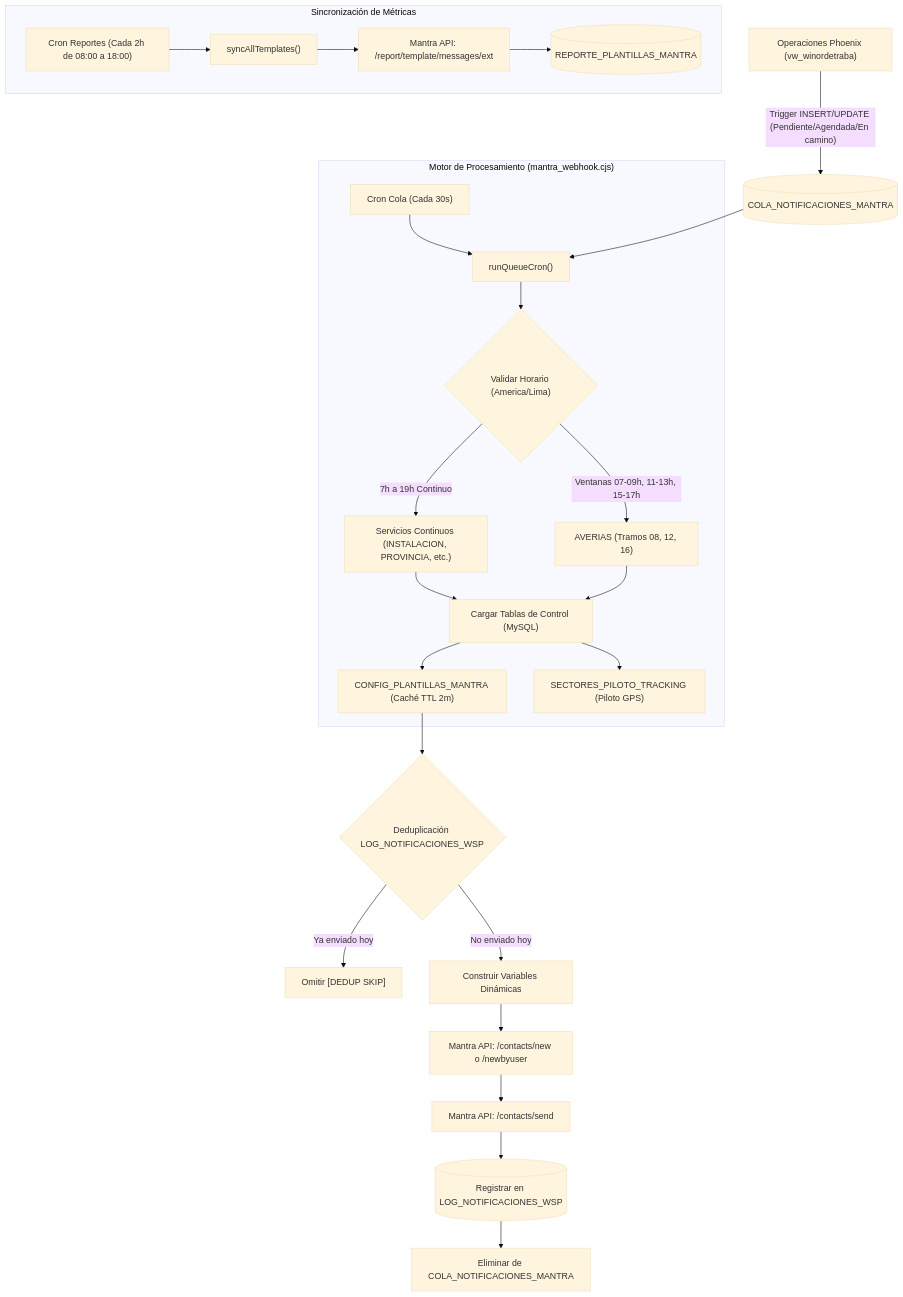
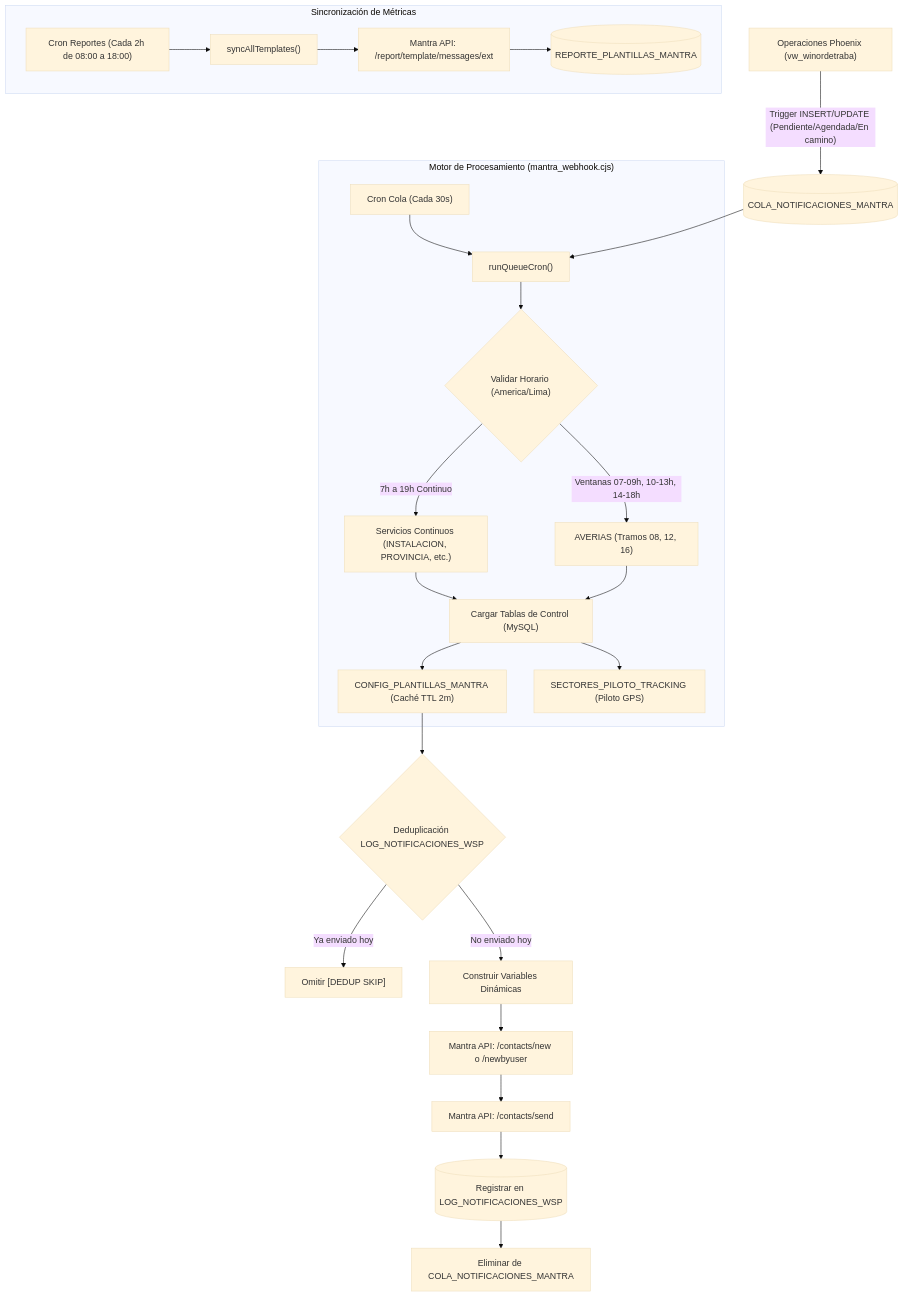
One commit to Ulquira/mantra_auto changed the diagram in README.md. Above: the diagram before and after it, drawn with Mermaid (base theme). The commit also changed other lines of this file and 2 other files, not shown here.

Commit message:
feat: ajustar ventanas horarias de despacho continuo para AVERIAS

````diff
--- a/README.md
+++ b/README.md
@@ -9,33 +9,33 @@
 ```mermaid
 flowchart TD
     A["Operaciones Phoenix (vw_winordetraba)"] -->|"Trigger INSERT/UPDATE (Pendiente/Agendada/En camino)"| B[("COLA_NOTIFICACIONES_MANTRA")]
     
     subgraph CoreEngine ["Motor de Procesamiento (mantra_webhook.cjs)"]
         C["Cron Cola (Cada 30s)"] --> D["runQueueCron()"]
         D --> E{"Validar Horario (America/Lima)"}
         E -->|"7h a 19h Continuo"| F["Servicios Continuos (INSTALACION, PROVINCIA, etc.)"]
-        E -->|"Ventanas 07-09h, 11-13h, 15-17h"| G["AVERIAS (Tramos 08, 12, 16)"]
+        E -->|"Ventanas 07-09h, 10-13h, 14-18h"| G["AVERIAS (Tramos 08, 12, 16)"]
         
         F & G --> H["Cargar Tablas de Control (MySQL)"]
         H --> I["CONFIG_PLANTILLAS_MANTRA (Caché TTL 2m)"]
         H --> J["SECTORES_PILOTO_TRACKING (Piloto GPS)"]
     end
     
     B --> D
     
     I --> K{"Deduplicación LOG_NOTIFICACIONES_WSP"}
     K -->|"Ya enviado hoy"| L["Omitir [DEDUP SKIP]"]
     K -->|"No enviado hoy"| M["Construir Variables Dinámicas"]
     
     M --> N["Mantra API: /contacts/new o /newbyuser"]
     N --> O["Mantra API: /contacts/send"]
     
     O --> P[("Registrar en LOG_NOTIFICACIONES_WSP")]
     P --> Q["Eliminar de COLA_NOTIFICACIONES_MANTRA"]
     
     subgraph SyncEngine ["Sincronización de Métricas"]
         R["Cron Reportes (Cada 2h de 08:00 a 18:00)"] --> S["syncAllTemplates()"]
         S --> T["Mantra API: /report/template/messages/ext"]
         T --> U[("REPORTE_PLANTILLAS_MANTRA")]
     end
 ```
````
